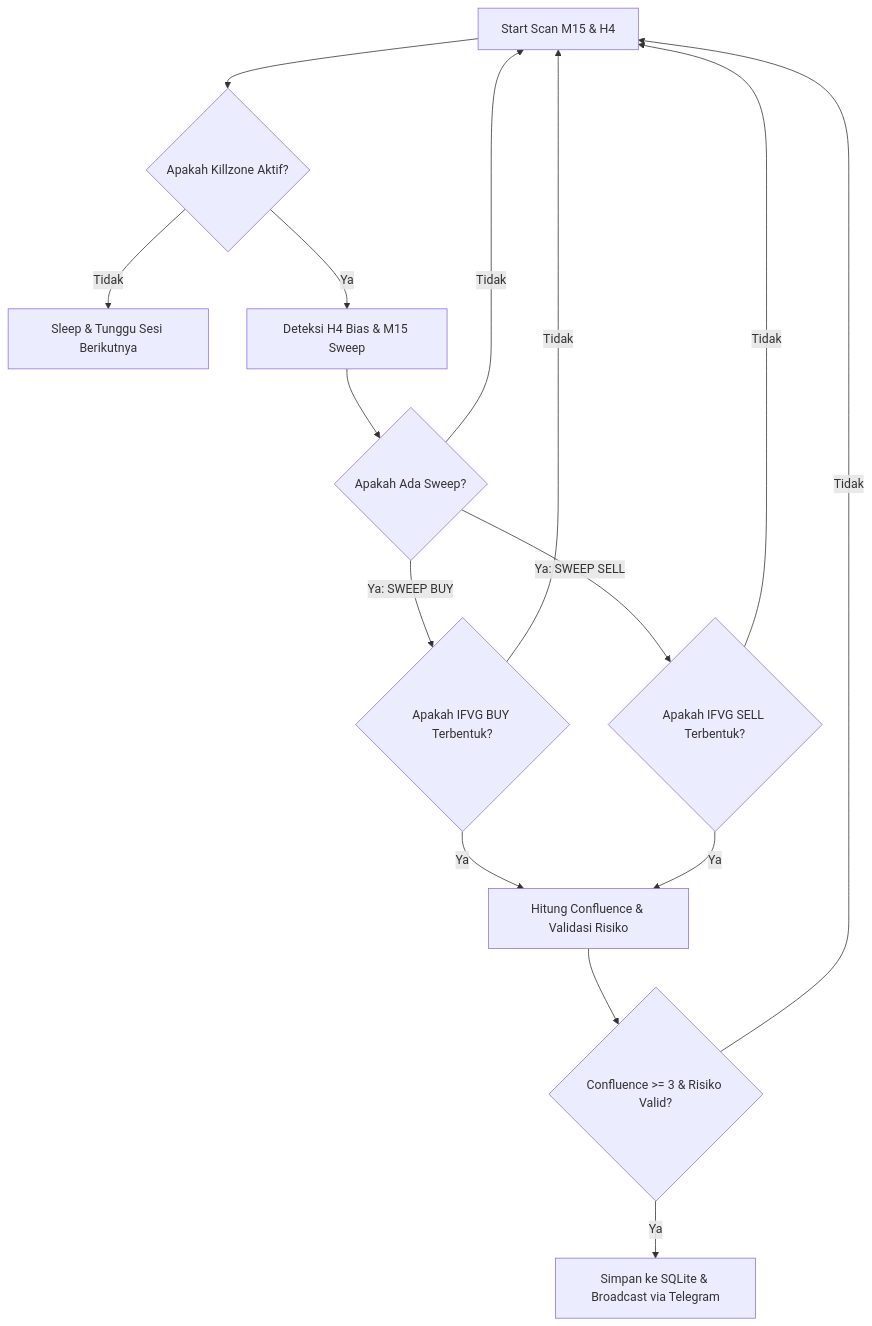
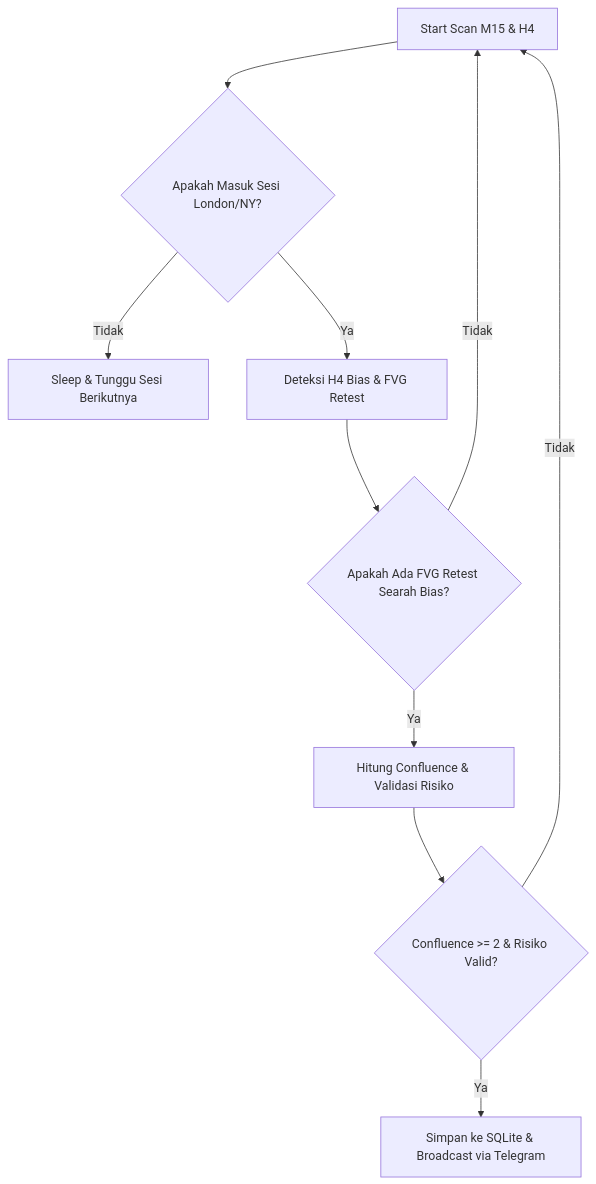
The diagram in README.md (sakeeeeeeee/xauusd-ict-bot), drawn with Mermaid before and after one commit. The commit also changed other lines of this file, not shown here.

````diff
--- a/README.md
+++ b/README.md
@@ -43,17 +39,12 @@
 ```mermaid
 graph TD
-    A[Start Scan M15 & H4] --> B{Apakah Killzone Aktif?}
+    A[Start Scan M15 & H4] --> B{Apakah Masuk Sesi London/NY?}
     B -- Tidak --> C[Sleep & Tunggu Sesi Berikutnya]
-    B -- Ya --> D[Deteksi H4 Bias & M15 Sweep]
-    D --> E{Apakah Ada Sweep?}
+    B -- Ya --> D[Deteksi H4 Bias & FVG Retest]
+    D --> E{Apakah Ada FVG Retest Searah Bias?}
     E -- Tidak --> A
-    E -- Ya: SWEEP BUY --> F{Apakah IFVG BUY Terbentuk?}
-    E -- Ya: SWEEP SELL --> G{Apakah IFVG SELL Terbentuk?}
-    F -- Ya --> H[Hitung Confluence & Validasi Risiko]
-    F -- Tidak --> A
-    G -- Ya --> H
+    E -- Ya --> F[Hitung Confluence & Validasi Risiko]
+    F --> G{Confluence >= 2 & Risiko Valid?}
+    G -- Ya --> H[Simpan ke SQLite & Broadcast via Telegram]
     G -- Tidak --> A
-    H --> I{Confluence >= 3 & Risiko Valid?}
-    I -- Ya --> J[Simpan ke SQLite & Broadcast via Telegram]
-    I -- Tidak --> A
 ```
````
